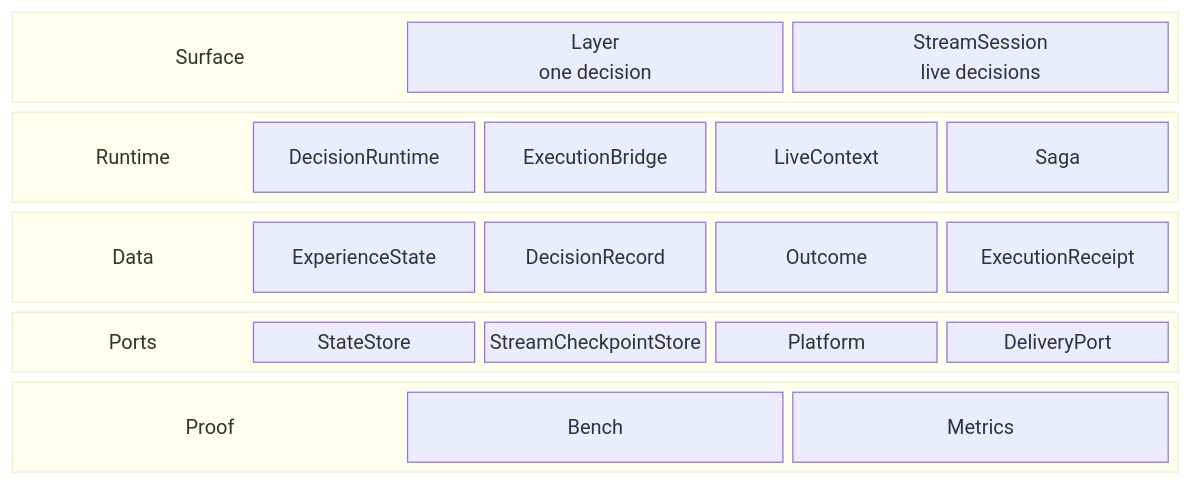
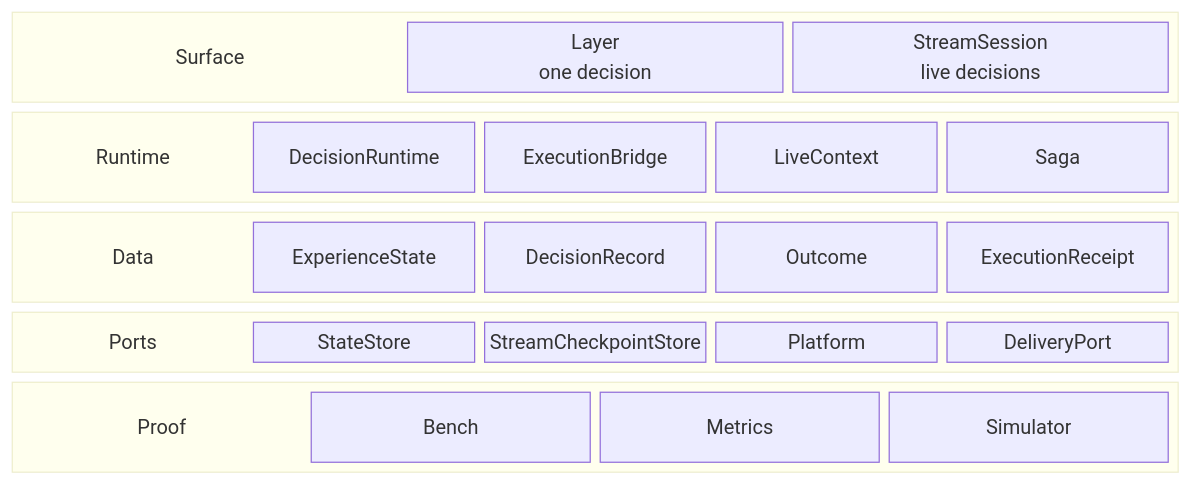
Before and after one commit to michaelatamuk/laix: the diagram in docs/appkit/00-appkit-architecture.md, drawn with Mermaid. The commit also changed other lines of this file and 72 other files, not shown here.

````diff
--- a/docs/appkit/00-appkit-architecture.md
+++ b/docs/appkit/00-appkit-architecture.md
@@ -6,51 +6,52 @@
 ```mermaid
 block-beta
     columns 1
 
     block:surface_group
         columns 3
         surface_label["Surface"]
         layer["Layer<br/>one decision"]
         stream["StreamSession<br/>live decisions"]
     end
 
     block:runtime_group
         columns 5
         runtime_label["Runtime"]
         runtime["DecisionRuntime"]
         execution["ExecutionBridge"]
         live["LiveContext"]
         saga["Saga"]
     end
 
     block:data_group
         columns 5
         data_label["Data"]
         state["ExperienceState"]
         record["DecisionRecord"]
         outcomes["Outcome"]
         receipt["ExecutionReceipt"]
     end
 
     block:ports_group
         columns 5
         ports_label["Ports"]
         state_store["StateStore"]
         checkpoint["StreamCheckpointStore"]
         platform["Platform"]
         delivery["DeliveryPort"]
     end
 
     block:proof_group
-        columns 3
+        columns 4
         proof_label["Proof"]
         bench["Bench"]
         metrics["Metrics"]
+        simulator["Simulator"]
     end
 
     style surface_label fill:transparent,stroke:transparent,font-size:22px,font-weight:bold
     style runtime_label fill:transparent,stroke:transparent,font-size:14px,font-weight:bold
     style data_label fill:transparent,stroke:transparent,font-weight:bold
     style ports_label fill:transparent,stroke:transparent,font-weight:bold
     style proof_label fill:transparent,stroke:transparent,font-weight:bold
 ```
````
